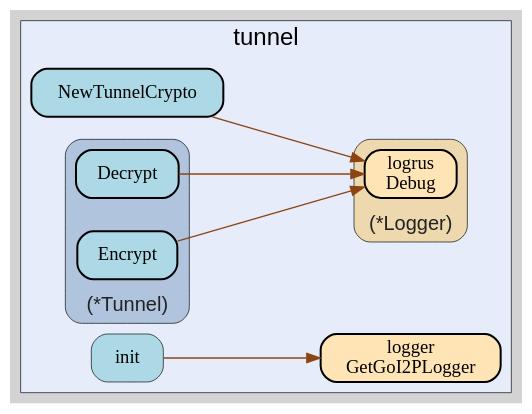
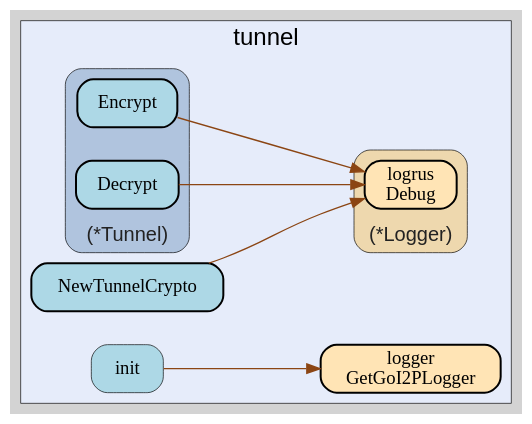
The diagram in tunnel/tunnel.gv (go-i2p/crypto), drawn with Graphviz before and after one commit. The commit also changed 35 other files, not shown here.

```diff
--- a/tunnel/tunnel.gv
+++ b/tunnel/tunnel.gv
@@ -1,62 +1,62 @@
 digraph gocallvis {
     label="";
     labeljust="l";
     fontname="Arial";
     fontsize="14";
     rankdir="LR";
     bgcolor="lightgray";
     style="solid";
     penwidth="0.5";
     pad="0.0";
     nodesep="0.35";
 
     node [shape="box" style="filled,rounded" fillcolor="honeydew" fontname="Verdana" penwidth="1.0" margin="0.16,0.0"];
     edge [minlen="2"]
 
     subgraph "cluster_focus" {
-        fontsize="18";
+        labelloc="t";
+labeljust="c";
+fontsize="18";
 bgcolor="#e6ecfa";
 label="tunnel";
-labelloc="t";
-labeljust="c";
         
-        "github.com/go-i2p/crypto/tunnel.init" [ fillcolor="lightblue" label="init" penwidth="0.5" tooltip="github.com/go-i2p/crypto/tunnel.init | defined in .:0\nat constants.go:7: calling [github.com/go-i2p/logger.GetGoI2PLogger]" ]
-        "github.com/go-i2p/logger.GetGoI2PLogger" [ fillcolor="moccasin" label="logger\nGetGoI2PLogger" penwidth="1.5" tooltip="github.com/go-i2p/logger.GetGoI2PLogger | defined in log.go:120" ]
-        "github.com/go-i2p/crypto/tunnel.NewTunnelCrypto" [ fillcolor="lightblue" label="NewTunnelCrypto" penwidth="1.5" tooltip="github.com/go-i2p/crypto/tunnel.NewTunnelCrypto | defined in tunnel_struct.go:18\nat tunnel_struct.go:19: calling [(*github.com/sirupsen/logrus.Logger).Debug]\nat tunnel_struct.go:31: calling [(*github.com/sirupsen/logrus.Logger).Debug]" ]
+        "github.com/go-i2p/crypto/tunnel.NewTunnelCrypto" [ fillcolor="lightblue" label="NewTunnelCrypto" penwidth="1.5" tooltip="github.com/go-i2p/crypto/tunnel.NewTunnelCrypto | defined in tunnel_struct.go:33\nat tunnel_struct.go:34: calling [(*github.com/sirupsen/logrus.Logger).Debug]\nat tunnel_struct.go:51: calling [(*github.com/sirupsen/logrus.Logger).Debug]" ]
+        "github.com/go-i2p/crypto/tunnel.init" [ fillcolor="lightblue" label="init" penwidth="0.5" tooltip="github.com/go-i2p/crypto/tunnel.init | defined in .:0\nat constants.go:10: calling [github.com/go-i2p/logger.GetGoI2PLogger]" ]
+        "github.com/go-i2p/logger.GetGoI2PLogger" [ label="logger\nGetGoI2PLogger" penwidth="1.5" tooltip="github.com/go-i2p/logger.GetGoI2PLogger | defined in log.go:120" fillcolor="moccasin" ]
         
         subgraph "cluster_*github.com/go-i2p/crypto/tunnel.Tunnel" {
-        fontsize="15";
-fontcolor="#222222";
+        fontcolor="#222222";
+fillcolor="lightsteelblue";
 labelloc="b";
+style="rounded,filled";
 label="(*Tunnel)";
+tooltip="type: *github.com/go-i2p/crypto/tunnel.Tunnel";
 penwidth="0.5";
-style="rounded,filled";
-fillcolor="lightsteelblue";
-tooltip="type: *github.com/go-i2p/crypto/tunnel.Tunnel";
+fontsize="15";
         
-        "(*github.com/go-i2p/crypto/tunnel.Tunnel).Encrypt" [ fillcolor="lightblue" label="Encrypt" penwidth="1.5" tooltip="(*github.com/go-i2p/crypto/tunnel.Tunnel).Encrypt | defined in tunnel_struct.go:38\nat tunnel_struct.go:39: calling [(*github.com/sirupsen/logrus.Logger).Debug]\nat tunnel_struct.go:45: calling [(*github.com/sirupsen/logrus.Logger).Debug]" ]
-        "(*github.com/go-i2p/crypto/tunnel.Tunnel).Decrypt" [ fillcolor="lightblue" label="Decrypt" penwidth="1.5" tooltip="(*github.com/go-i2p/crypto/tunnel.Tunnel).Decrypt | defined in tunnel_struct.go:50\nat tunnel_struct.go:51: calling [(*github.com/sirupsen/logrus.Logger).Debug]\nat tunnel_struct.go:57: calling [(*github.com/sirupsen/logrus.Logger).Debug]" ]
+        "(*github.com/go-i2p/crypto/tunnel.Tunnel).Decrypt" [ fillcolor="lightblue" label="Decrypt" penwidth="1.5" tooltip="(*github.com/go-i2p/crypto/tunnel.Tunnel).Decrypt | defined in tunnel_struct.go:86\nat tunnel_struct.go:87: calling [(*github.com/sirupsen/logrus.Logger).Debug]\nat tunnel_struct.go:99: calling [(*github.com/sirupsen/logrus.Logger).Debug]" ]
+        "(*github.com/go-i2p/crypto/tunnel.Tunnel).Encrypt" [ fillcolor="lightblue" label="Encrypt" penwidth="1.5" tooltip="(*github.com/go-i2p/crypto/tunnel.Tunnel).Encrypt | defined in tunnel_struct.go:63\nat tunnel_struct.go:64: calling [(*github.com/sirupsen/logrus.Logger).Debug]\nat tunnel_struct.go:76: calling [(*github.com/sirupsen/logrus.Logger).Debug]" ]
         
     }
 
         subgraph "cluster_*github.com/sirupsen/logrus.Logger" {
-        fillcolor="wheat2";
-label="(*Logger)";
-tooltip="type: *github.com/sirupsen/logrus.Logger";
-penwidth="0.5";
+        penwidth="0.5";
 fontsize="15";
 fontcolor="#222222";
 labelloc="b";
 style="rounded,filled";
+fillcolor="wheat2";
+label="(*Logger)";
+tooltip="type: *github.com/sirupsen/logrus.Logger";
         
         "(*github.com/sirupsen/logrus.Logger).Debug" [ fillcolor="moccasin" label="logrus\nDebug" penwidth="1.5" tooltip="(*github.com/sirupsen/logrus.Logger).Debug | defined in logger.go:221" ]
         
     }
 
     }
 
-    "github.com/go-i2p/crypto/tunnel.NewTunnelCrypto" -> "(*github.com/sirupsen/logrus.Logger).Debug" [ color="saddlebrown" tooltip="at tunnel_struct.go:19: calling [(*github.com/sirupsen/logrus.Logger).Debug]\nat tunnel_struct.go:31: calling [(*github.com/sirupsen/logrus.Logger).Debug]" ]
-    "github.com/go-i2p/crypto/tunnel.init" -> "github.com/go-i2p/logger.GetGoI2PLogger" [ color="saddlebrown" tooltip="at constants.go:7: calling [github.com/go-i2p/logger.GetGoI2PLogger]" ]
-    "(*github.com/go-i2p/crypto/tunnel.Tunnel).Encrypt" -> "(*github.com/sirupsen/logrus.Logger).Debug" [ color="saddlebrown" tooltip="at tunnel_struct.go:39: calling [(*github.com/sirupsen/logrus.Logger).Debug]\nat tunnel_struct.go:45: calling [(*github.com/sirupsen/logrus.Logger).Debug]" ]
-    "(*github.com/go-i2p/crypto/tunnel.Tunnel).Decrypt" -> "(*github.com/sirupsen/logrus.Logger).Debug" [ color="saddlebrown" tooltip="at tunnel_struct.go:51: calling [(*github.com/sirupsen/logrus.Logger).Debug]\nat tunnel_struct.go:57: calling [(*github.com/sirupsen/logrus.Logger).Debug]" ]
+    "github.com/go-i2p/crypto/tunnel.NewTunnelCrypto" -> "(*github.com/sirupsen/logrus.Logger).Debug" [ color="saddlebrown" tooltip="at tunnel_struct.go:34: calling [(*github.com/sirupsen/logrus.Logger).Debug]\nat tunnel_struct.go:51: calling [(*github.com/sirupsen/logrus.Logger).Debug]" ]
+    "github.com/go-i2p/crypto/tunnel.init" -> "github.com/go-i2p/logger.GetGoI2PLogger" [ tooltip="at constants.go:10: calling [github.com/go-i2p/logger.GetGoI2PLogger]" color="saddlebrown" ]
+    "(*github.com/go-i2p/crypto/tunnel.Tunnel).Decrypt" -> "(*github.com/sirupsen/logrus.Logger).Debug" [ color="saddlebrown" tooltip="at tunnel_struct.go:87: calling [(*github.com/sirupsen/logrus.Logger).Debug]\nat tunnel_struct.go:99: calling [(*github.com/sirupsen/logrus.Logger).Debug]" ]
+    "(*github.com/go-i2p/crypto/tunnel.Tunnel).Encrypt" -> "(*github.com/sirupsen/logrus.Logger).Debug" [ color="saddlebrown" tooltip="at tunnel_struct.go:64: calling [(*github.com/sirupsen/logrus.Logger).Debug]\nat tunnel_struct.go:76: calling [(*github.com/sirupsen/logrus.Logger).Debug]" ]
 }
```
